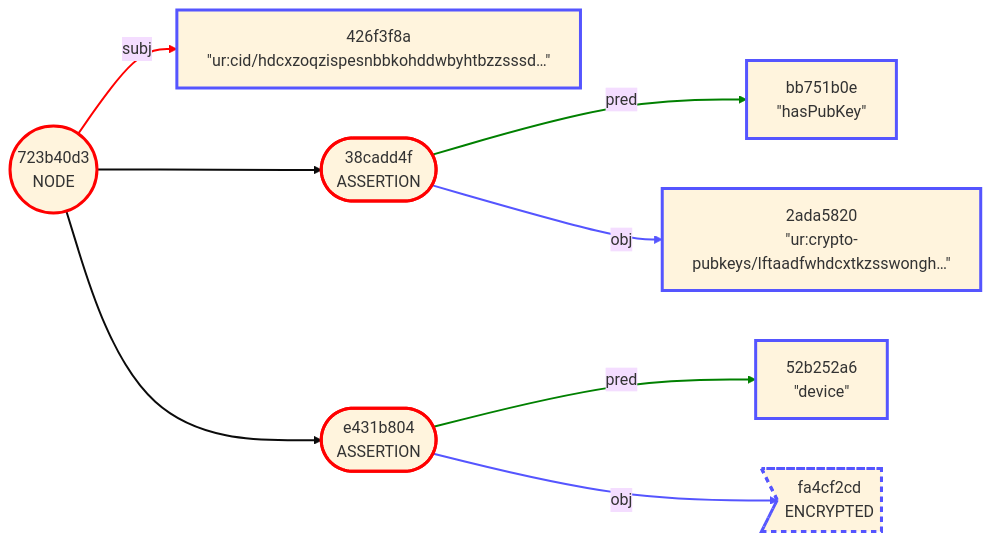
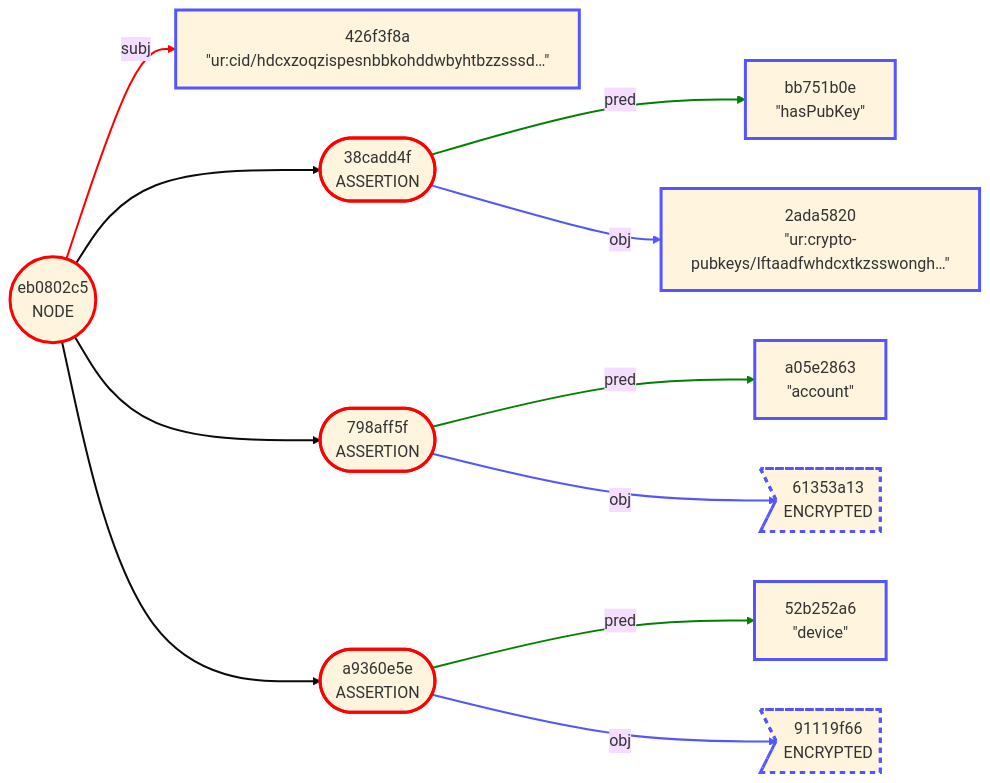
Before and after one commit to BlockchainCommons/Gordian: the diagram in Envelope/Use-Cases/Healthcare.md, drawn with Mermaid (base theme). The commit also changed other lines of this file and 1 other file, not shown here.

Commit message:
testing out updated Helathcare mermaid

````diff
--- a/Envelope/Use-Cases/Healthcare.md
+++ b/Envelope/Use-Cases/Healthcare.md
@@ -149,33 +168,45 @@
 ```mermaid
 graph LR
-    1(("723b40d3<br/>NODE"))
+    1(("eb0802c5<br/>NODE"))
     2["426f3f8a<br/>#quot;ur:cid/hdcxzoqzispesnbbkohddwbyhtbzzsssd…#quot;"]
     3(["38cadd4f<br/>ASSERTION"])
     4["bb751b0e<br/>#quot;hasPubKey#quot;"]
     5["2ada5820<br/>#quot;ur:crypto-pubkeys/lftaadfwhdcxtkzsswongh…#quot;"]
-    6(["e431b804<br/>ASSERTION"])
-    7["52b252a6<br/>#quot;device#quot;"]
-    8>"fa4cf2cd<br/>ENCRYPTED"]
+    6(["798aff5f<br/>ASSERTION"])
+    7["a05e2863<br/>#quot;account#quot;"]
+    8>"61353a13<br/>ENCRYPTED"]
+    9(["a9360e5e<br/>ASSERTION"])
+    10["52b252a6<br/>#quot;device#quot;"]
+    11>"91119f66<br/>ENCRYPTED"]
     1 -->|subj| 2
     1 --> 3
     3 -->|pred| 4
     3 -->|obj| 5
     1 --> 6
     6 -->|pred| 7
     6 -->|obj| 8
+    1 --> 9
+    9 -->|pred| 10
+    9 -->|obj| 11
     style 1 stroke:red,stroke-width:3.0px
     style 2 stroke:#55f,stroke-width:3.0px
     style 3 stroke:red,stroke-width:3.0px
     style 4 stroke:#55f,stroke-width:3.0px
     style 5 stroke:#55f,stroke-width:3.0px
     style 6 stroke:red,stroke-width:3.0px
     style 7 stroke:#55f,stroke-width:3.0px
     style 8 stroke:#55f,stroke-width:3.0px,stroke-dasharray:5.0 5.0
+    style 9 stroke:red,stroke-width:3.0px
+    style 10 stroke:#55f,stroke-width:3.0px
+    style 11 stroke:#55f,stroke-width:3.0px,stroke-dasharray:5.0 5.0
     linkStyle 0 stroke:red,stroke-width:2.0px
     linkStyle 1 stroke-width:2.0px
     linkStyle 2 stroke:green,stroke-width:2.0px
     linkStyle 3 stroke:#55f,stroke-width:2.0px
     linkStyle 4 stroke-width:2.0px
     linkStyle 5 stroke:green,stroke-width:2.0px
     linkStyle 6 stroke:#55f,stroke-width:2.0px
+    linkStyle 7 stroke-width:2.0px
+    linkStyle 8 stroke:green,stroke-width:2.0px
+    linkStyle 9 stroke:#55f,stroke-width:2.0px
 ```
````
